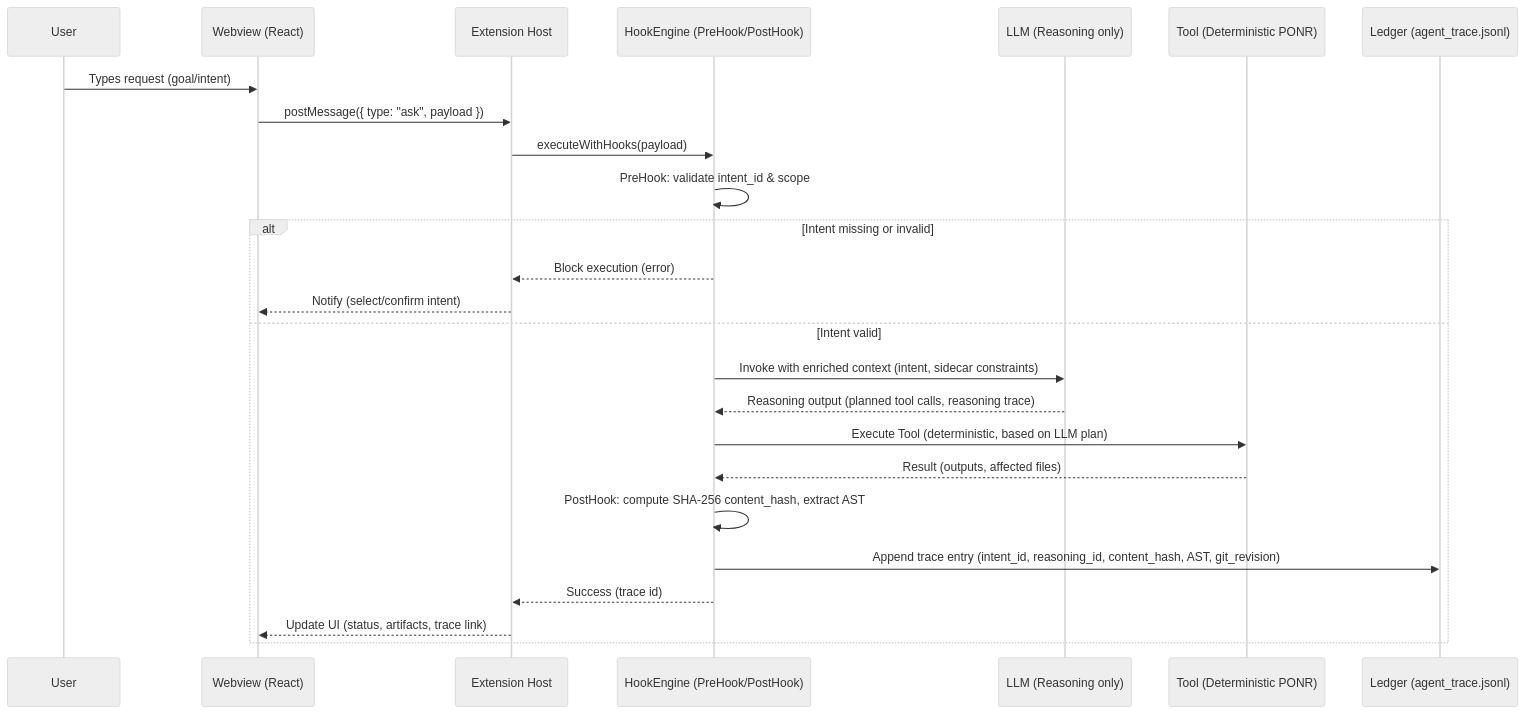
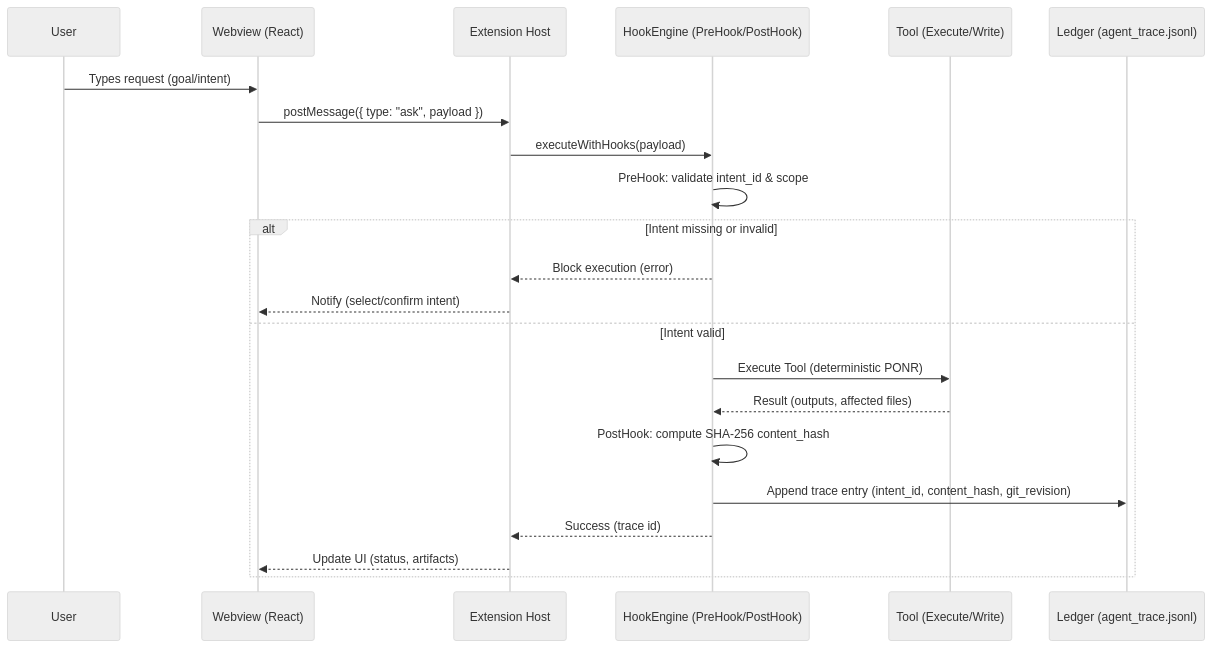
Before and after one commit to Azazh/Roo-Code: the diagram in diagrams/sequence.mmd, drawn with Mermaid (neutral theme). The commit also changed 19 other files, not shown here.

Commit message:
revert: undo all Feb 20 commits on feat/handshake-select-active-intent

```diff
--- a/diagrams/sequence.mmd
+++ b/diagrams/sequence.mmd
@@ -1,30 +1,26 @@
+%% Mermaid Sequence Diagram: Deterministic execution with governance hooks
+sequenceDiagram
+  participant U as User
+  participant W as Webview (React)
+  participant E as Extension Host
+  participant H as HookEngine (PreHook/PostHook)
+  participant T as Tool (Execute/Write)
+  participant L as Ledger (agent_trace.jsonl)
 
-%% Mermaid Sequence Diagram: Deterministic, Governed Agentic Flow (TRP1)
-sequenceDiagram
-    participant U as User
-    participant W as Webview (React)
-    participant E as Extension Host
-    participant H as HookEngine (PreHook/PostHook)
-    participant L as LLM (Reasoning only)
-    participant T as Tool (Deterministic PONR)
-    participant D as Ledger (agent_trace.jsonl)
+  U->>W: Types request (goal/intent)
+  W->>E: postMessage({ type: "ask", payload })
+  E->>H: executeWithHooks(payload)
 
-    U->>W: Types request (goal/intent)
-    W->>E: postMessage({ type: "ask", payload })
-    E->>H: executeWithHooks(payload)
+  H->>H: PreHook: validate intent_id & scope
 
-    H->>H: PreHook: validate intent_id & scope
-
-    alt Intent missing or invalid
-        H-->>E: Block execution (error)
-        E-->>W: Notify (select/confirm intent)
-    else Intent valid
-        H->>L: Invoke with enriched context (intent, sidecar constraints)
-        L-->>H: Reasoning output (planned tool calls, reasoning trace)
-        H->>T: Execute Tool (deterministic, based on LLM plan)
-        T-->>H: Result (outputs, affected files)
-        H->>H: PostHook: compute SHA-256 content_hash, extract AST
-        H->>D: Append trace entry (intent_id, reasoning_id, content_hash, AST, git_revision)
-        H-->>E: Success (trace id)
-        E-->>W: Update UI (status, artifacts, trace link)
-    end
+  alt Intent missing or invalid
+    H-->>E: Block execution (error)
+    E-->>W: Notify (select/confirm intent)
+  else Intent valid
+    H->>T: Execute Tool (deterministic PONR)
+    T-->>H: Result (outputs, affected files)
+    H->>H: PostHook: compute SHA-256 content_hash
+    H->>L: Append trace entry (intent_id, content_hash, git_revision)
+    H-->>E: Success (trace id)
+    E-->>W: Update UI (status, artifacts)
+  end
```
